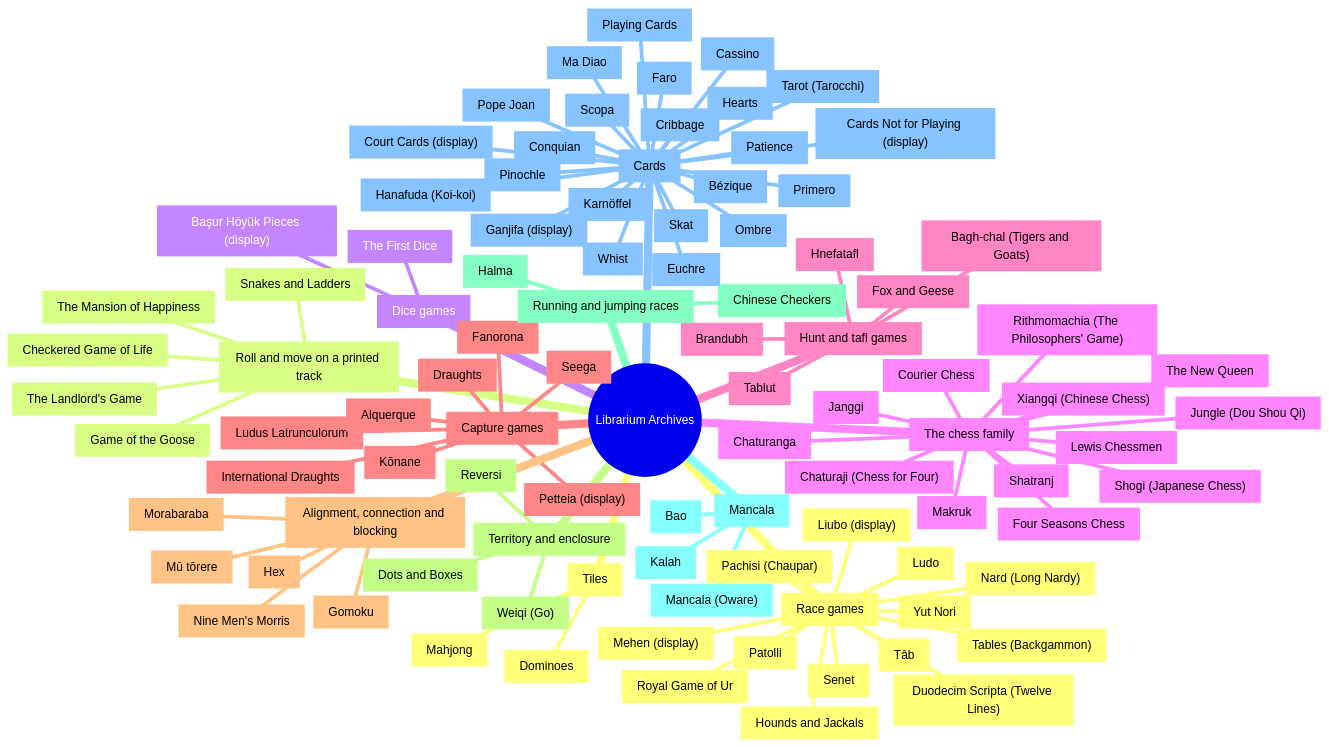
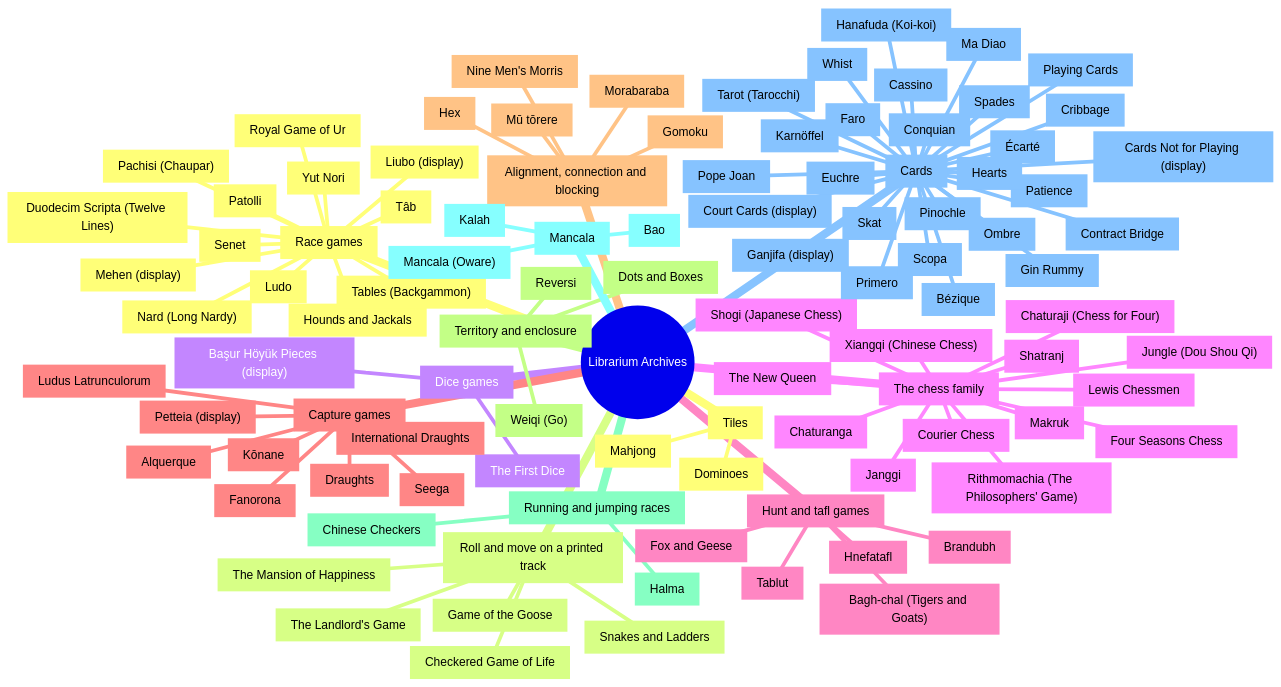
One commit to CptNope/Librarium-Archives changed the first of 9 diagrams in docs/games/README.md. Above: the diagram before and after it, drawn with Mermaid. The commit also changed other lines of this file and 43 other files, not shown here.

First line of the commit message:
0.39.0: the card room, part six: Écarté, Gin Rummy, Contract Bridge and Spades

```diff
--- a/docs/games/README.md
+++ b/docs/games/README.md
@@ -96,11 +96,15 @@
       patience["Patience"]
       cassino["Cassino"]
       skat["Skat"]
+      ecarte["Écarté"]
       bezique["Bézique"]
       euchre["Euchre"]
       conquian["Conquian"]
       pinochle["Pinochle"]
       hearts["Hearts"]
+      gin["Gin Rummy"]
+      bridge["Contract Bridge"]
+      spades["Spades"]
       koikoi["Hanafuda (Koi-koi)"]
       ganjifa["Ganjifa (display)"]
       madiao["Ma Diao"]
```
